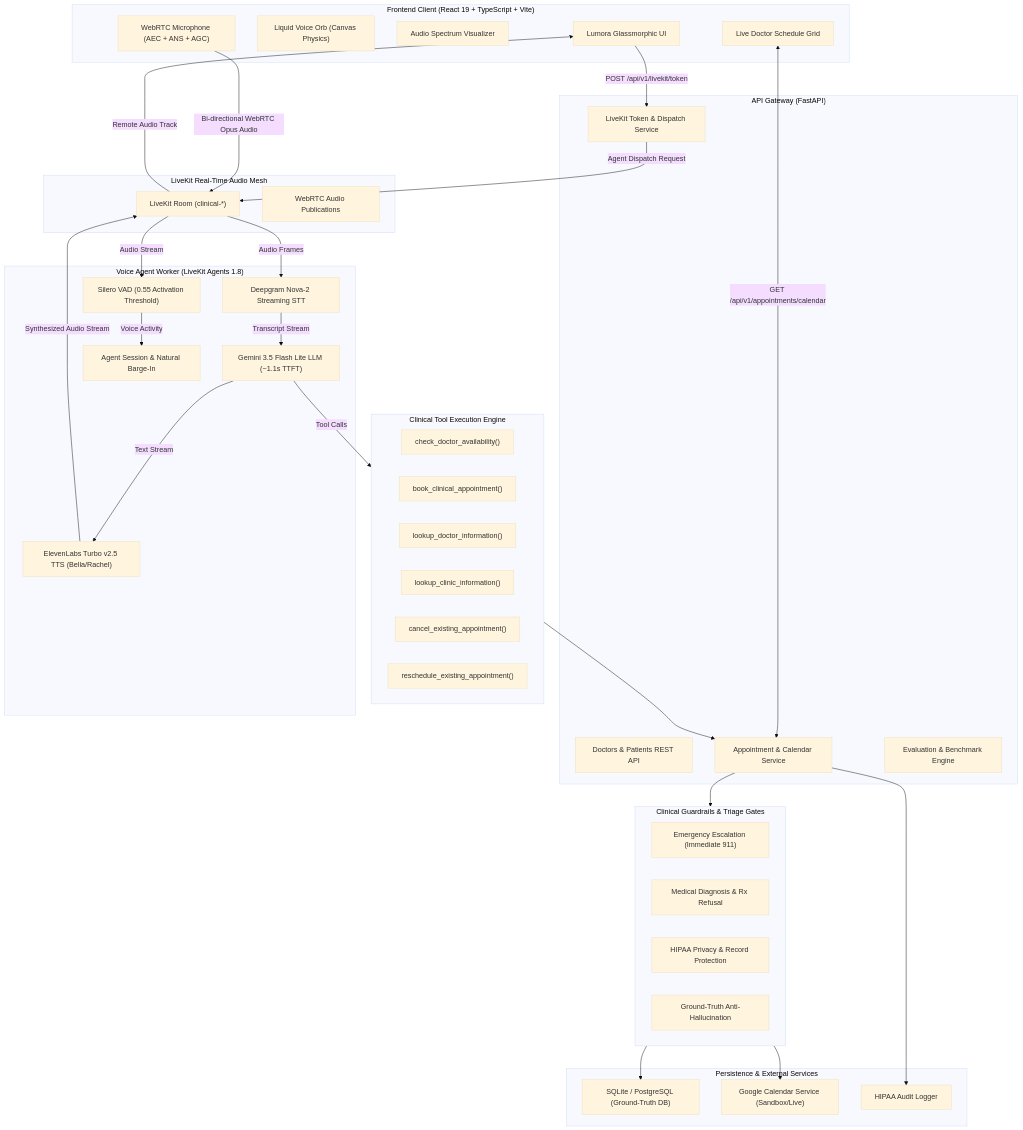
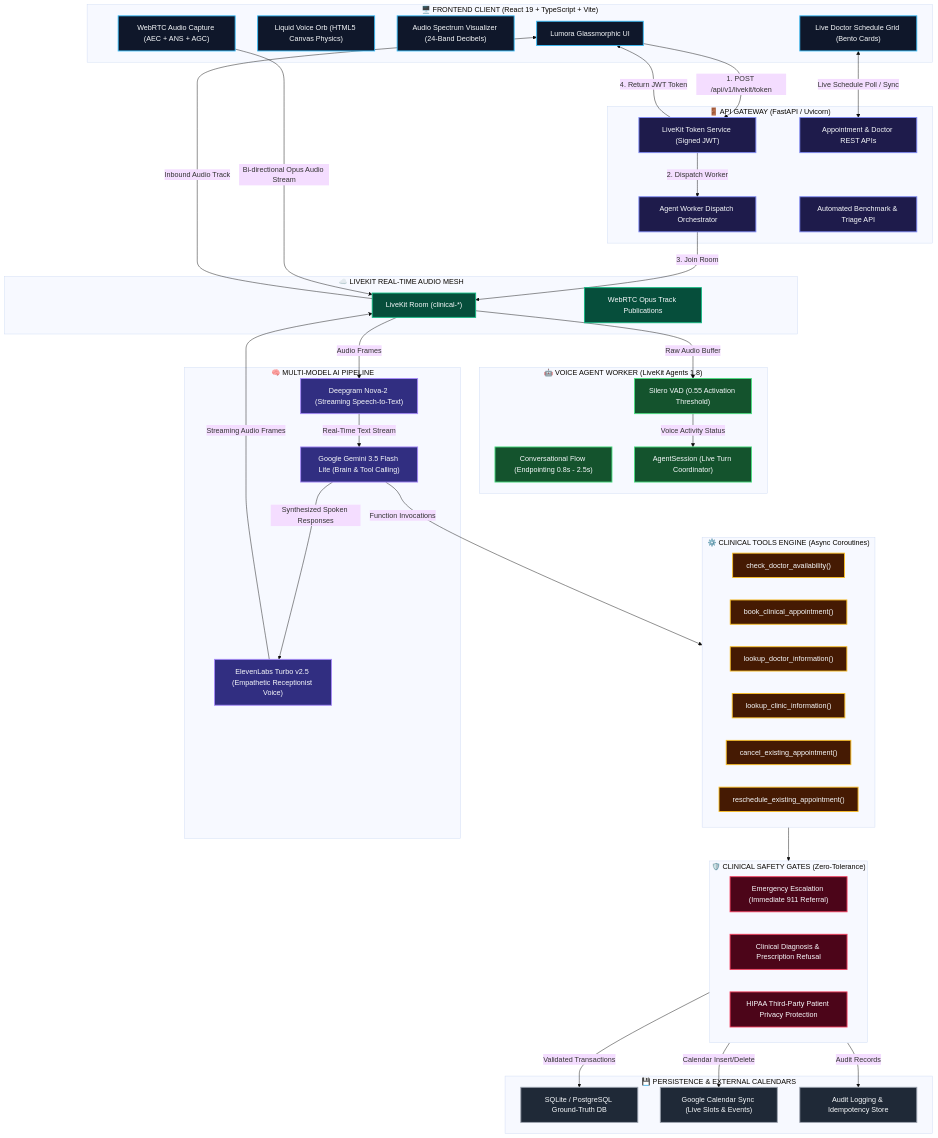
One commit to Naresh-Kumar17/Voice_Agent changed the first of 4 diagrams in README.md. Above: the diagram before and after it, drawn with Mermaid (base theme). The commit also changed other lines of this file, not shown here.

Commit message:
docs: enrich README with color-styled architecture flows, component diagrams, and badges

````diff
--- a/README.md
+++ b/README.md
@@ -11,73 +60,89 @@
 ```mermaid
 flowchart TD
-    subgraph Client["Frontend Client (React 19 + TypeScript + Vite)"]
-        UI["Lumora Glassmorphic UI"]
-        Orb["Liquid Voice Orb (Canvas Physics)"]
-        Spec["Audio Spectrum Visualizer"]
-        CalUI["Live Doctor Schedule Grid"]
-        Mic["WebRTC Microphone (AEC + ANS + AGC)"]
+    %% Custom Color Definitions
+    classDef clientStyle fill:#0f172a,stroke:#38bdf8,stroke-width:2px,color:#f8fafc;
+    classDef gatewayStyle fill:#1e1b4b,stroke:#818cf8,stroke-width:2px,color:#f8fafc;
+    classDef rtcStyle fill:#064e3b,stroke:#10b981,stroke-width:2px,color:#f8fafc;
+    classDef workerStyle fill:#14532d,stroke:#4ade80,stroke-width:2px,color:#f8fafc;
+    classDef aiStyle fill:#312e81,stroke:#a78bfa,stroke-width:2px,color:#f8fafc;
+    classDef toolStyle fill:#451a03,stroke:#fbbf24,stroke-width:2px,color:#f8fafc;
+    classDef safetyStyle fill:#4c0519,stroke:#f43f5e,stroke-width:2px,color:#f8fafc;
+    classDef dbStyle fill:#1f2937,stroke:#9ca3af,stroke-width:2px,color:#f8fafc;
+
+    subgraph Client["🖥️ FRONTEND CLIENT (React 19 + TypeScript + Vite)"]
+        UI["Lumora Glassmorphic UI"]:::clientStyle
+        Orb["Liquid Voice Orb (HTML5 Canvas Physics)"]:::clientStyle
+        Spec["Audio Spectrum Visualizer (24-Band Decibels)"]:::clientStyle
+        CalUI["Live Doctor Schedule Grid (Bento Cards)"]:::clientStyle
+        Mic["WebRTC Audio Capture (AEC + ANS + AGC)"]:::clientStyle
     end
 
-    subgraph Gateway["API Gateway (FastAPI)"]
-        AuthRoute["LiveKit Token & Dispatch Service"]
-        ClinicRoute["Doctors & Patients REST API"]
-        ApptRoute["Appointment & Calendar Service"]
-        EvalRoute["Evaluation & Benchmark Engine"]
+    subgraph Gateway["🚪 API GATEWAY (FastAPI / Uvicorn)"]
+        AuthRoute["LiveKit Token Service (Signed JWT)"]:::gatewayStyle
+        DispatchRoute["Agent Worker Dispatch Orchestrator"]:::gatewayStyle
+        ApptAPI["Appointment & Doctor REST APIs"]:::gatewayStyle
+        EvalAPI["Automated Benchmark & Triage API"]:::gatewayStyle
     end
 
-    subgraph RTC["LiveKit Real-Time Audio Mesh"]
-        LKRoom["LiveKit Room (clinical-*)"]
-        TrackPub["WebRTC Audio Publications"]
+    subgraph RTC["☁️ LIVEKIT REAL-TIME AUDIO MESH"]
+        LKRoom["LiveKit Room (clinical-*)"]:::rtcStyle
+        AudioTrackPub["WebRTC Opus Track Publications"]:::rtcStyle
     end
 
-    subgraph Worker["Voice Agent Worker (LiveKit Agents 1.8)"]
-        VAD["Silero VAD (0.55 Activation Threshold)"]
-        STT["Deepgram Nova-2 Streaming STT"]
-        LLM["Gemini 3.5 Flash Lite LLM (~1.1s TTFT)"]
-        TTS["ElevenLabs Turbo v2.5 TTS (Bella/Rachel)"]
-        AgentSession["Agent Session & Natural Barge-In"]
+    subgraph Worker["🤖 VOICE AGENT WORKER (LiveKit Agents 1.8)"]
+        VAD["Silero VAD (0.55 Activation Threshold)"]:::workerStyle
+        BargeIn["Conversational Flow (Endpointing 0.8s - 2.5s)"]:::workerStyle
+        Session["AgentSession (Live Turn Coordinator)"]:::workerStyle
     end
 
-    subgraph Tools["Clinical Tool Execution Engine"]
-        T1["check_doctor_availability()"]
-        T2["book_clinical_appointment()"]
-        T3["lookup_doctor_information()"]
-        T4["lookup_clinic_information()"]
-        T5["cancel_existing_appointment()"]
-        T6["reschedule_existing_appointment()"]
+    subgraph AI["🧠 MULTI-MODEL AI PIPELINE"]
+        STT["Deepgram Nova-2 (Streaming Speech-to-Text)"]:::aiStyle
+        LLM["Google Gemini 3.5 Flash Lite (Brain & Tool Calling)"]:::aiStyle
+        TTS["ElevenLabs Turbo v2.5 (Empathetic Receptionist Voice)"]:::aiStyle
     end
 
-    subgraph Safety["Clinical Guardrails & Triage Gates"]
-        Emerg["Emergency Escalation (Immediate 911)"]
-        DiagRefuse["Medical Diagnosis & Rx Refusal"]
-        HIPAA["HIPAA Privacy & Record Protection"]
-        AntiHalluc["Ground-Truth Anti-Hallucination"]
+    subgraph Tools["⚙️ CLINICAL TOOLS ENGINE (Async Coroutines)"]
+        T1["check_doctor_availability()"]:::toolStyle
+        T2["book_clinical_appointment()"]:::toolStyle
+        T3["lookup_doctor_information()"]:::toolStyle
+        T4["lookup_clinic_information()"]:::toolStyle
+        T5["cancel_existing_appointment()"]:::toolStyle
+        T6["reschedule_existing_appointment()"]:::toolStyle
     end
 
-    subgraph Storage["Persistence & External Services"]
-        SQLite["SQLite / PostgreSQL (Ground-Truth DB)"]
-        GCal["Google Calendar Service (Sandbox/Live)"]
-        Audit["HIPAA Audit Logger"]
+    subgraph Safety["🛡️ CLINICAL SAFETY GATES (Zero-Tolerance)"]
+        Emerg["Emergency Escalation (Immediate 911 Referral)"]:::safetyStyle
+        DiagRefusal["Clinical Diagnosis & Prescription Refusal"]:::safetyStyle
+        HIPAA["HIPAA Third-Party Patient Privacy Protection"]:::safetyStyle
     end
 
-    %% Audio & Control Connections
-    Mic -->|Bi-directional WebRTC Opus Audio| LKRoom
-    LKRoom -->|Audio Stream| VAD
-    VAD -->|Voice Activity| AgentSession
+    subgraph Storage["💾 PERSISTENCE & EXTERNAL CALENDARS"]
+        SQLite["SQLite / PostgreSQL Ground-Truth DB"]:::dbStyle
+        GCal["Google Calendar Sync (Live Slots & Events)"]:::dbStyle
+        AuditLog["Audit Logging & Idempotency Store"]:::dbStyle
+    end
+
+    %% Client to Gateway
+    UI -->|1. POST /api/v1/livekit/token| AuthRoute
+    AuthRoute -->|2. Dispatch Worker| DispatchRoute
+    DispatchRoute -->|3. Join Room| LKRoom
+    AuthRoute -->|4. Return JWT Token| UI
+
+    %% Real-time WebRTC Audio Flow
+    Mic -->|Bi-directional Opus Audio Stream| LKRoom
+    LKRoom -->|Raw Audio Buffer| VAD
+    VAD -->|Voice Activity Status| Session
     LKRoom -->|Audio Frames| STT
-    STT -->|Transcript Stream| LLM
-    LLM -->|Tool Calls| Tools
-    LLM -->|Text Stream| TTS
-    TTS -->|Synthesized Audio Stream| LKRoom
-    LKRoom -->|Remote Audio Track| UI
+    STT -->|Real-Time Text Stream| LLM
+    LLM -->|Function Invocations| Tools
+    LLM -->|Synthesized Spoken Responses| TTS
+    TTS -->|Streaming Audio Frames| LKRoom
+    LKRoom -->|Inbound Audio Track| UI
 
-    %% Dispatch & Management
-    UI -->|POST /api/v1/livekit/token| AuthRoute
-    AuthRoute -->|Agent Dispatch Request| LKRoom
-    Tools --> ApptRoute
-    ApptRoute --> Safety
-    Safety --> SQLite
-    Safety --> GCal
-    ApptRoute --> Audit
-    CalUI <-->|GET /api/v1/appointments/calendar| ApptRoute
+    %% Tooling to Storage & Safety
+    Tools --> Safety
+    Safety -->|Validated Transactions| SQLite
+    Safety -->|Calendar Insert/Delete| GCal
+    Safety -->|Audit Records| AuditLog
+    CalUI <-->|Live Schedule Poll / Sync| ApptAPI
 ```
````
